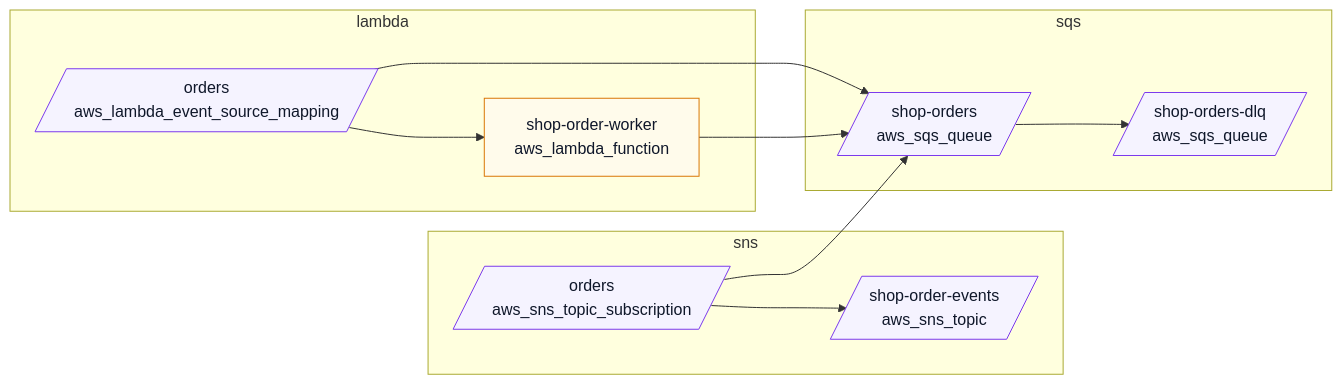
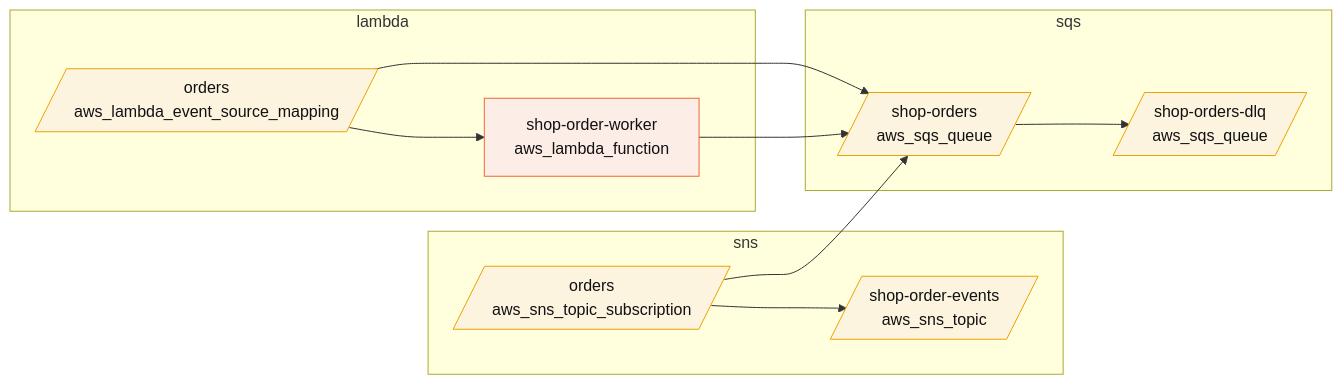
Before and after one commit to brignano/driftwood: the diagram in docs/async.mmd, drawn with Mermaid. The commit also changed 18 other files, not shown here.

```diff
--- a/docs/async.mmd
+++ b/docs/async.mmd
@@ -1,27 +1,27 @@
 flowchart LR
     subgraph n_lambda["lambda"]
         n_aws_lambda_event_source_mapping_orders[/"orders<br/>aws_lambda_event_source_mapping"/]
         n_aws_lambda_function_order_worker["shop-order-worker<br/>aws_lambda_function"]
     end
     subgraph n_sns["sns"]
         n_aws_sns_topic_subscription_orders[/"orders<br/>aws_sns_topic_subscription"/]
         n_aws_sns_topic_order_events[/"shop-order-events<br/>aws_sns_topic"/]
     end
     subgraph n_sqs["sqs"]
         n_aws_sqs_queue_orders[/"shop-orders<br/>aws_sqs_queue"/]
         n_aws_sqs_queue_orders_dlq[/"shop-orders-dlq<br/>aws_sqs_queue"/]
     end
     n_aws_lambda_event_source_mapping_orders --> n_aws_lambda_function_order_worker
     n_aws_lambda_event_source_mapping_orders --> n_aws_sqs_queue_orders
     n_aws_lambda_function_order_worker --> n_aws_sqs_queue_orders
     n_aws_sns_topic_subscription_orders --> n_aws_sns_topic_order_events
     n_aws_sns_topic_subscription_orders --> n_aws_sqs_queue_orders
     n_aws_sqs_queue_orders --> n_aws_sqs_queue_orders_dlq
     class n_aws_lambda_event_source_mapping_orders f_messaging;
     class n_aws_lambda_function_order_worker f_compute;
     class n_aws_sns_topic_subscription_orders f_messaging;
     class n_aws_sns_topic_order_events f_messaging;
     class n_aws_sqs_queue_orders f_messaging;
     class n_aws_sqs_queue_orders_dlq f_messaging;
-    classDef f_compute fill:#fffbeb,stroke:#d97706,color:#0f172a;
-    classDef f_messaging fill:#f5f3ff,stroke:#7c3aed,color:#0f172a;
+    classDef f_compute fill:#fdede7,stroke:#eb6834,color:#111111;
+    classDef f_messaging fill:#fdf4e0,stroke:#eda100,color:#111111;
```
